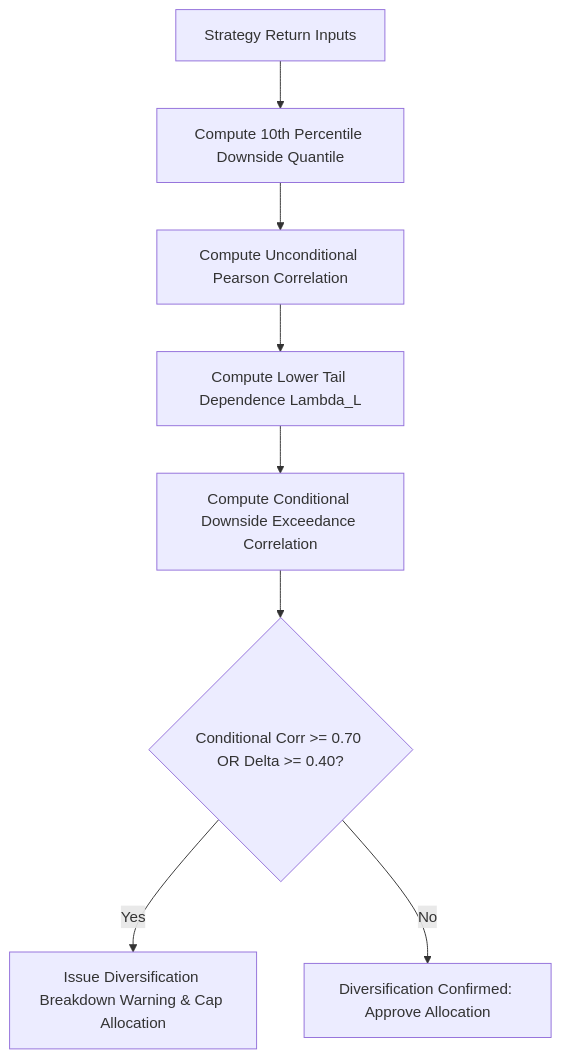
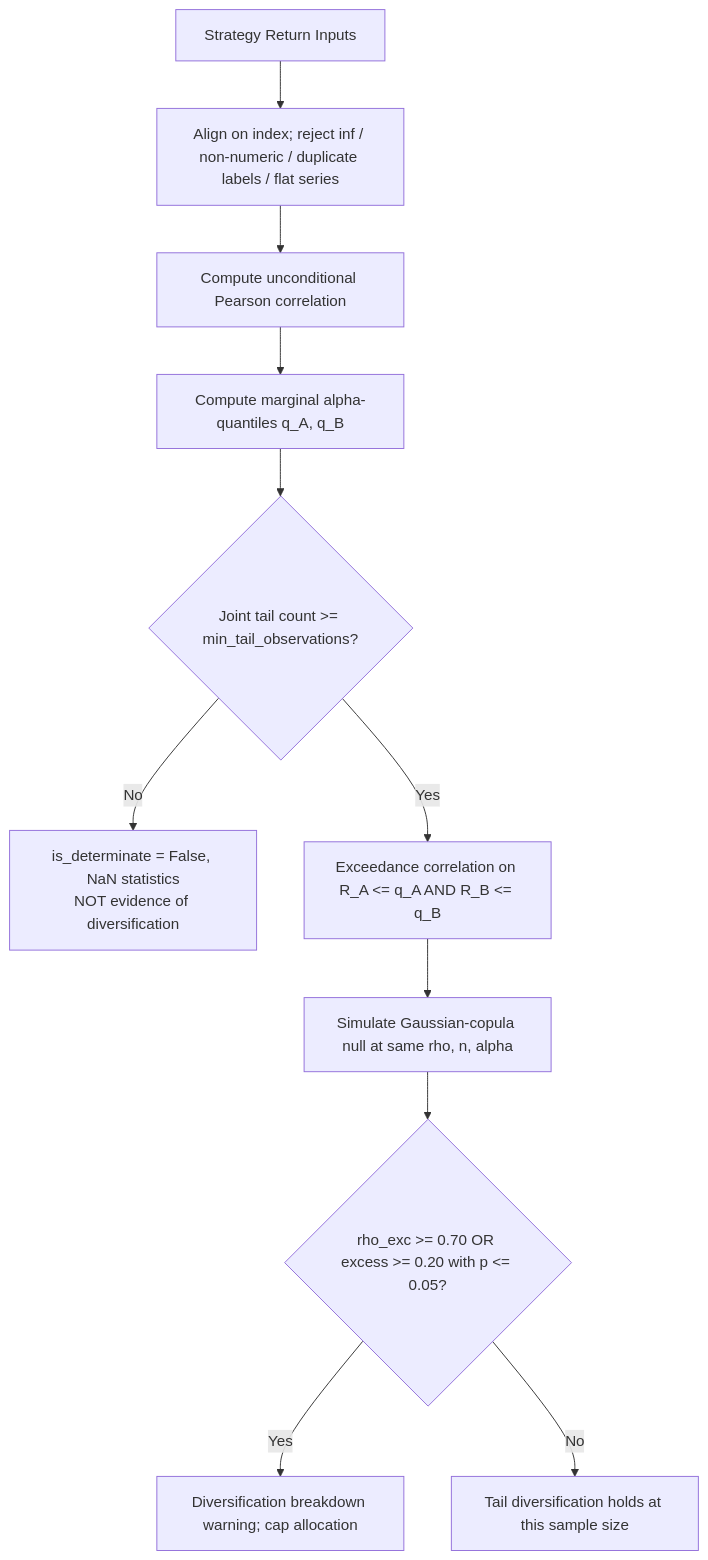
The diagram in skills/tail-correlation-between-strategies-under-stress/references/workflows.md (HimanshuJ16/Algo-Trading-Skills), drawn with Mermaid before and after one commit. The commit also changed other lines of this file and 443 other files, not shown here.

````diff
--- a/skills/tail-correlation-between-strategies-under-stress/references/workflows.md
+++ b/skills/tail-correlation-between-strategies-under-stress/references/workflows.md
@@ -3,10 +3,13 @@
 ```mermaid
 flowchart TD
-    A[Strategy Return Inputs] --> B[Compute 10th Percentile Downside Quantile]
-    B --> C[Compute Unconditional Pearson Correlation]
-    C --> D[Compute Lower Tail Dependence Lambda_L]
-    D --> E[Compute Conditional Downside Exceedance Correlation]
-    E --> F{Conditional Corr >= 0.70 OR Delta >= 0.40?}
-    F -- Yes --> G[Issue Diversification Breakdown Warning & Cap Allocation]
-    F -- No --> H[Diversification Confirmed: Approve Allocation]
+    A[Strategy Return Inputs] --> B[Align on index; reject inf / non-numeric / duplicate labels / flat series]
+    B --> C[Compute unconditional Pearson correlation]
+    C --> D[Compute marginal alpha-quantiles q_A, q_B]
+    D --> E{Joint tail count >= min_tail_observations?}
+    E -- No --> F[is_determinate = False, NaN statistics<br/>NOT evidence of diversification]
+    E -- Yes --> G[Exceedance correlation on R_A <= q_A AND R_B <= q_B]
+    G --> H[Simulate Gaussian-copula null at same rho, n, alpha]
+    H --> I{rho_exc >= 0.70 OR excess >= 0.20 with p <= 0.05?}
+    I -- Yes --> J[Diversification breakdown warning; cap allocation]
+    I -- No --> K[Tail diversification holds at this sample size]
 ```
````
